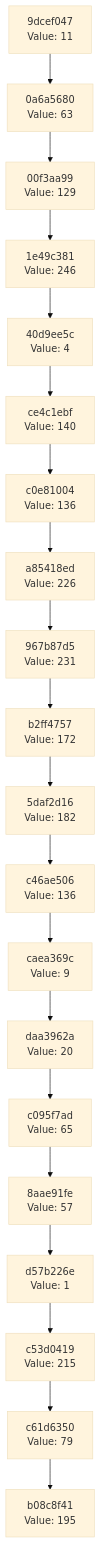
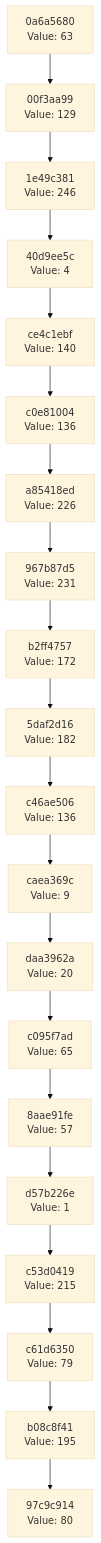
The diagram in docs/CHAIN_VISUALIZATION.md (Abhisheksinha1506/hash-chain-evolver), drawn with Mermaid (base theme) before and after one commit. The commit also changed 3 other files, not shown here.

````diff
--- a/docs/CHAIN_VISUALIZATION.md
+++ b/docs/CHAIN_VISUALIZATION.md
@@ -3,42 +3,42 @@
 ```mermaid
 graph TD
-    C0["b08c8f41<br/>Value: 195"]
-    C1["c61d6350<br/>Value: 79"]
+    C0["97c9c914<br/>Value: 80"]
+    C1["b08c8f41<br/>Value: 195"]
     C1 --> C0
-    C2["c53d0419<br/>Value: 215"]
+    C2["c61d6350<br/>Value: 79"]
     C2 --> C1
-    C3["d57b226e<br/>Value: 1"]
+    C3["c53d0419<br/>Value: 215"]
     C3 --> C2
-    C4["8aae91fe<br/>Value: 57"]
+    C4["d57b226e<br/>Value: 1"]
     C4 --> C3
-    C5["c095f7ad<br/>Value: 65"]
+    C5["8aae91fe<br/>Value: 57"]
     C5 --> C4
-    C6["daa3962a<br/>Value: 20"]
+    C6["c095f7ad<br/>Value: 65"]
     C6 --> C5
-    C7["caea369c<br/>Value: 9"]
+    C7["daa3962a<br/>Value: 20"]
     C7 --> C6
-    C8["c46ae506<br/>Value: 136"]
+    C8["caea369c<br/>Value: 9"]
     C8 --> C7
-    C9["5daf2d16<br/>Value: 182"]
+    C9["c46ae506<br/>Value: 136"]
     C9 --> C8
-    C10["b2ff4757<br/>Value: 172"]
+    C10["5daf2d16<br/>Value: 182"]
     C10 --> C9
-    C11["967b87d5<br/>Value: 231"]
+    C11["b2ff4757<br/>Value: 172"]
     C11 --> C10
-    C12["a85418ed<br/>Value: 226"]
+    C12["967b87d5<br/>Value: 231"]
     C12 --> C11
-    C13["c0e81004<br/>Value: 136"]
+    C13["a85418ed<br/>Value: 226"]
     C13 --> C12
-    C14["ce4c1ebf<br/>Value: 140"]
+    C14["c0e81004<br/>Value: 136"]
     C14 --> C13
-    C15["40d9ee5c<br/>Value: 4"]
+    C15["ce4c1ebf<br/>Value: 140"]
     C15 --> C14
-    C16["1e49c381<br/>Value: 246"]
+    C16["40d9ee5c<br/>Value: 4"]
     C16 --> C15
-    C17["00f3aa99<br/>Value: 129"]
+    C17["1e49c381<br/>Value: 246"]
     C17 --> C16
-    C18["0a6a5680<br/>Value: 63"]
+    C18["00f3aa99<br/>Value: 129"]
     C18 --> C17
-    C19["9dcef047<br/>Value: 11"]
+    C19["0a6a5680<br/>Value: 63"]
     C19 --> C18
 ```
````
